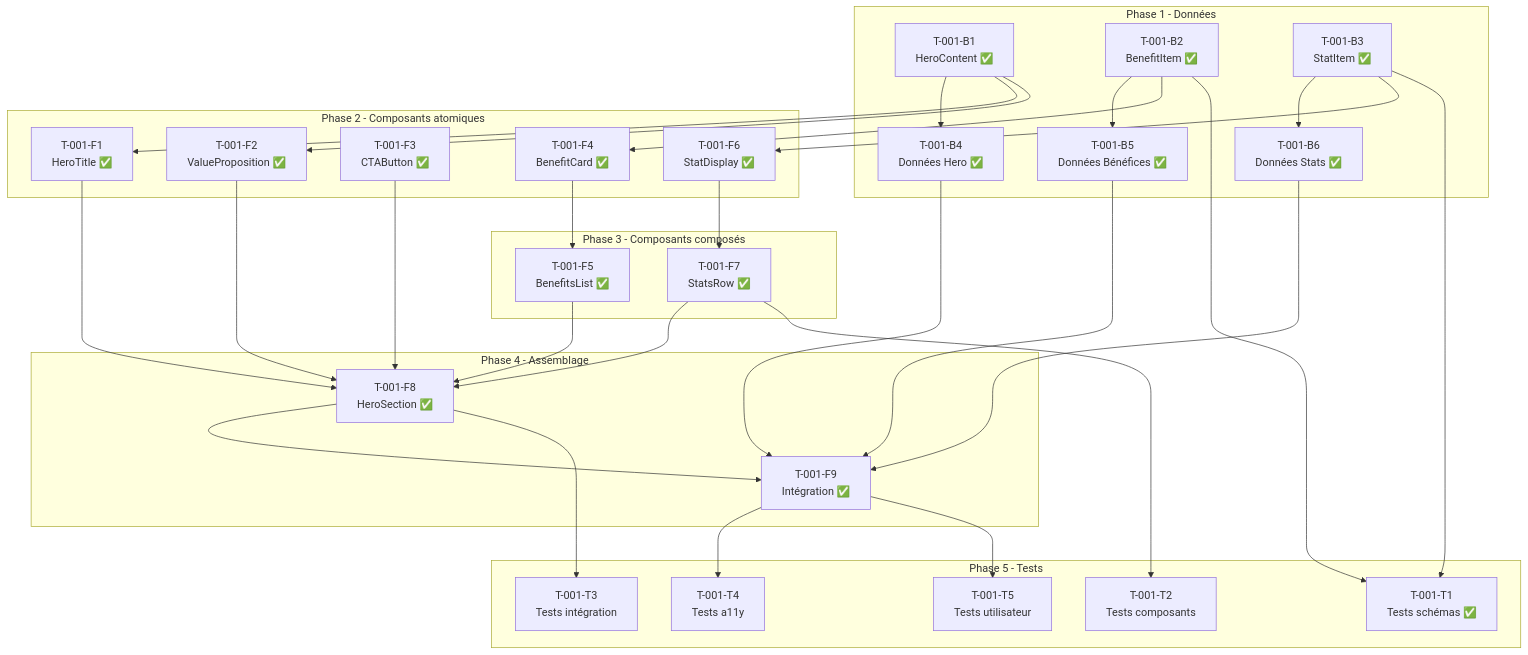
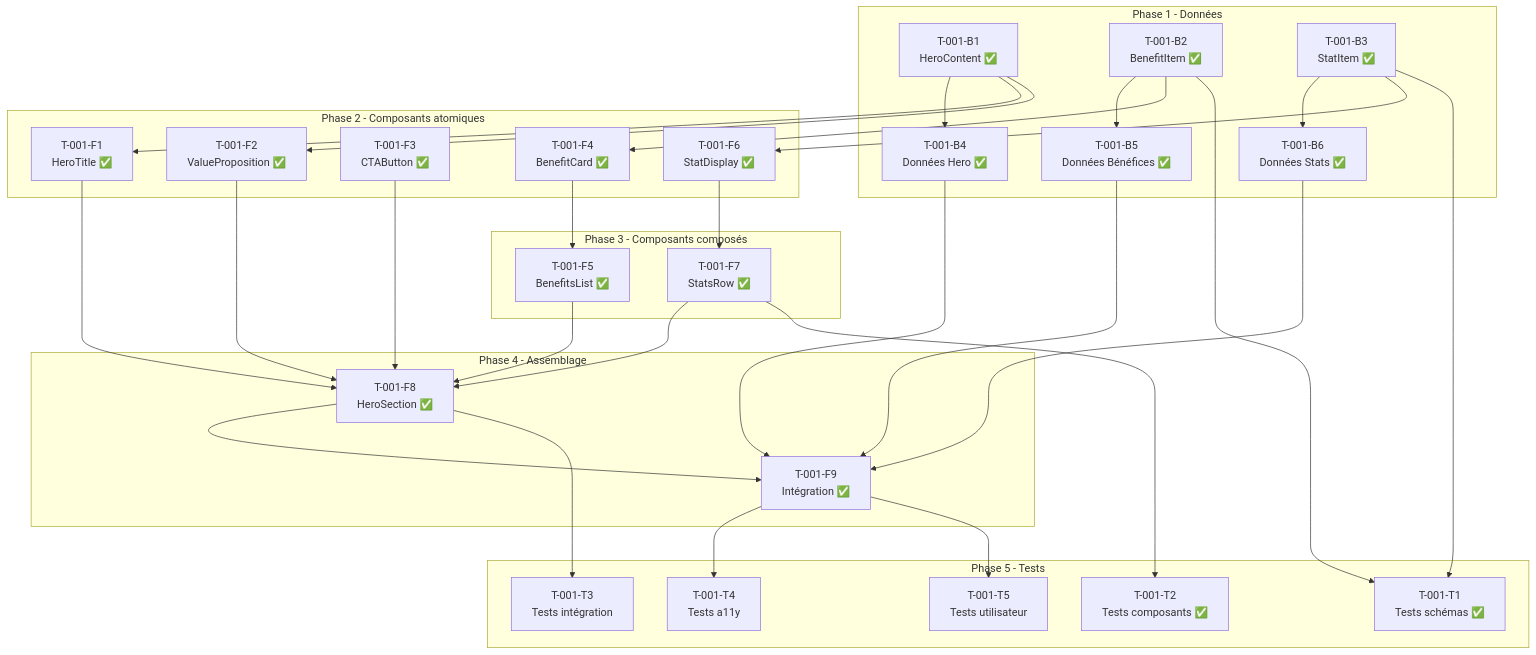
One commit to everssteeve/AIADwebsite changed the diagram in docs/specs/US-001/spec.md. Above: the diagram before and after it, drawn with Mermaid. The commit also changed other lines of this file and 10 other files, not shown here.

````diff
--- a/docs/specs/US-001/spec.md
+++ b/docs/specs/US-001/spec.md
@@ -105,66 +105,66 @@
 ```mermaid
 graph TD
     subgraph "Phase 1 - Données"
         B1[T-001-B1<br/>HeroContent ✅]
         B2[T-001-B2<br/>BenefitItem ✅]
         B3[T-001-B3<br/>StatItem ✅]
         B4[T-001-B4<br/>Données Hero ✅]
         B5[T-001-B5<br/>Données Bénéfices ✅]
         B6[T-001-B6<br/>Données Stats ✅]
     end
 
     subgraph "Phase 2 - Composants atomiques"
         F1[T-001-F1<br/>HeroTitle ✅]
         F2[T-001-F2<br/>ValueProposition ✅]
         F3[T-001-F3<br/>CTAButton ✅]
         F4[T-001-F4<br/>BenefitCard ✅]
         F6[T-001-F6<br/>StatDisplay ✅]
     end
 
     subgraph "Phase 3 - Composants composés"
         F5[T-001-F5<br/>BenefitsList ✅]
         F7[T-001-F7<br/>StatsRow ✅]
     end
 
     subgraph "Phase 4 - Assemblage"
         F8[T-001-F8<br/>HeroSection ✅]
         F9[T-001-F9<br/>Intégration ✅]
     end
 
     subgraph "Phase 5 - Tests"
         T1[T-001-T1<br/>Tests schémas ✅]
-        T2[T-001-T2<br/>Tests composants]
+        T2[T-001-T2<br/>Tests composants ✅]
         T3[T-001-T3<br/>Tests intégration]
         T4[T-001-T4<br/>Tests a11y]
         T5[T-001-T5<br/>Tests utilisateur]
     end
 
     B1 --> B4
     B1 --> F1
     B1 --> F2
     B2 --> B5
     B2 --> F4
     B3 --> B6
     B3 --> F6
 
     F4 --> F5
     F6 --> F7
 
     F1 --> F8
     F2 --> F8
     F3 --> F8
     F5 --> F8
     F7 --> F8
 
     F8 --> F9
     B4 --> F9
     B5 --> F9
     B6 --> F9
 
     B2 --> T1
     B3 --> T1
     F7 --> T2
     F8 --> T3
     F9 --> T4
     F9 --> T5
 ```
````
